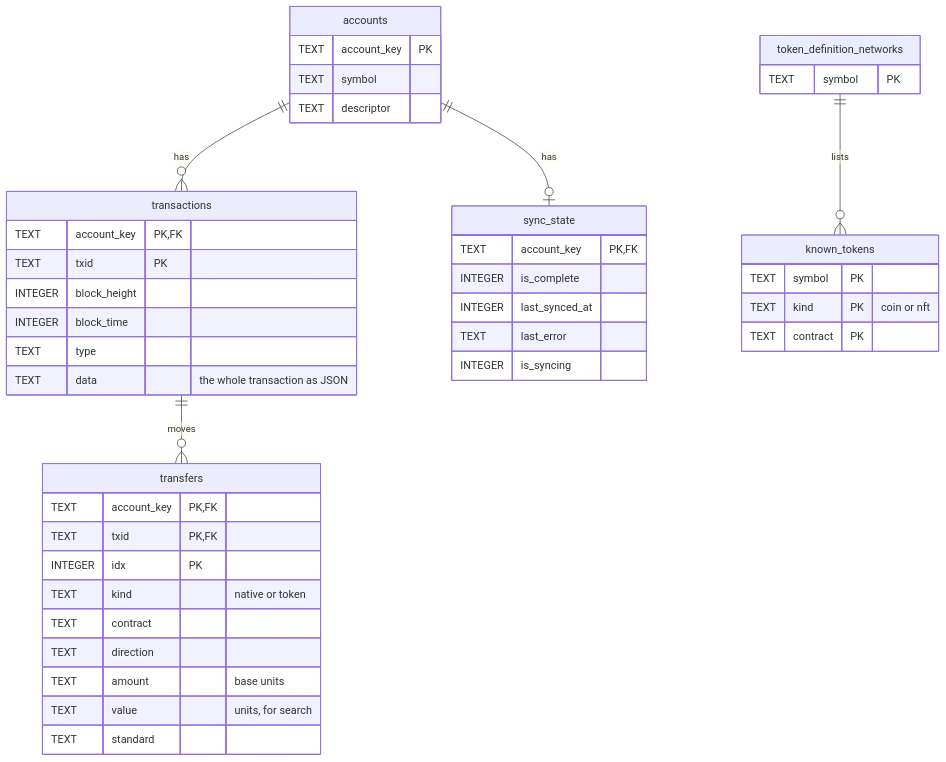
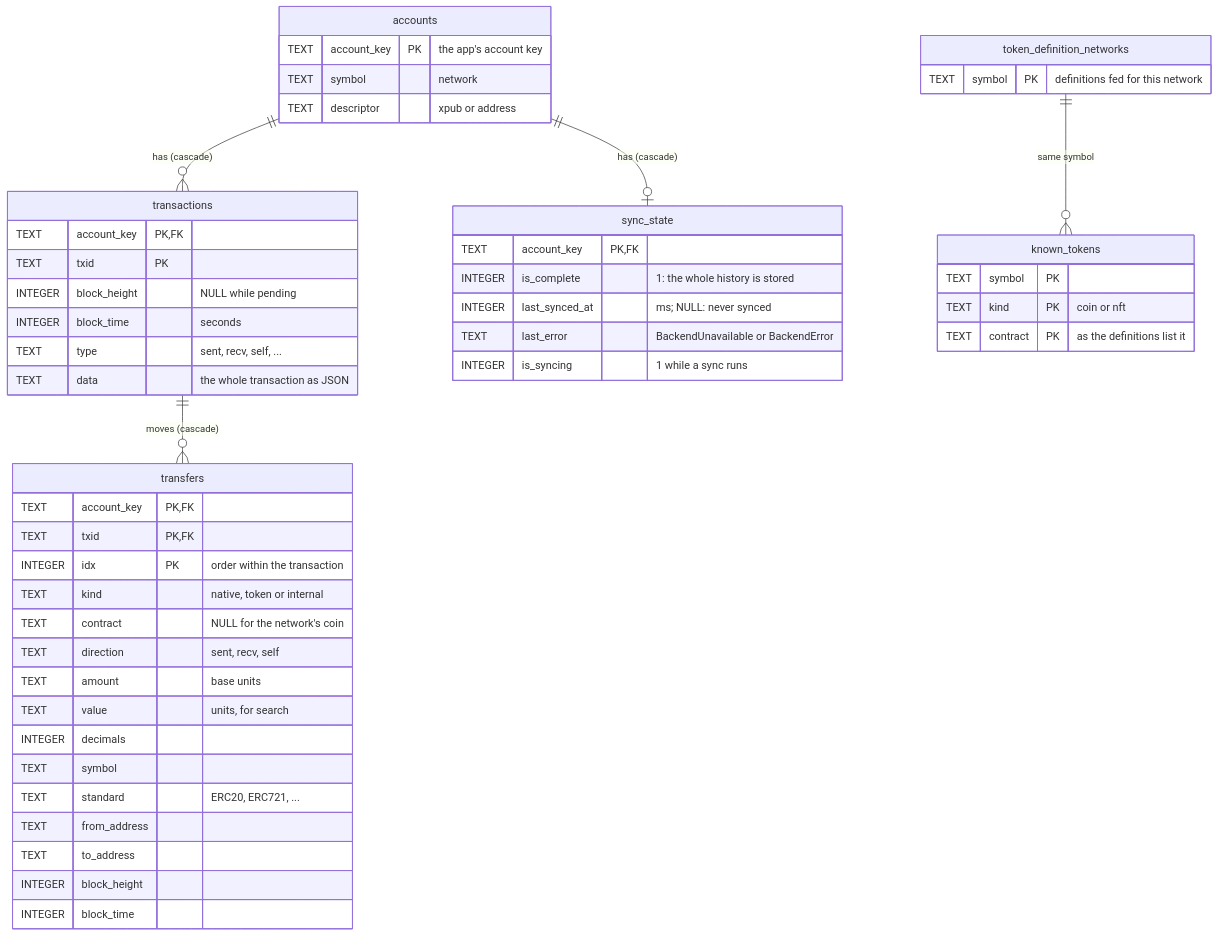
Before and after one commit to trezor/trezor-suite: the third of 3 diagrams in suite-common/transaction-store/README.md, drawn with Mermaid. The commit also changed other lines of this file, not shown here.

Commit message:
docs(transaction-store): bring the schema diagram in line with the migrations

````diff
--- a/suite-common/transaction-store/README.md
+++ b/suite-common/transaction-store/README.md
@@ -150,47 +152,53 @@
 ```mermaid
 erDiagram
-    accounts ||--o{ transactions : "has"
-    accounts ||--o| sync_state : "has"
-    transactions ||--o{ transfers : "moves"
-    token_definition_networks ||--o{ known_tokens : "lists"
+    accounts ||--o{ transactions : "has (cascade)"
+    accounts ||--o| sync_state : "has (cascade)"
+    transactions ||--o{ transfers : "moves (cascade)"
+    token_definition_networks ||--o{ known_tokens : "same symbol"
 
     accounts {
-        TEXT account_key PK
-        TEXT symbol
-        TEXT descriptor
+        TEXT account_key PK "the app's account key"
+        TEXT symbol "network"
+        TEXT descriptor "xpub or address"
     }
     transactions {
         TEXT account_key PK, FK
         TEXT txid PK
-        INTEGER block_height
-        INTEGER block_time
-        TEXT type
+        INTEGER block_height "NULL while pending"
+        INTEGER block_time "seconds"
+        TEXT type "sent, recv, self, ..."
         TEXT data "the whole transaction as JSON"
     }
     sync_state {
         TEXT account_key PK, FK
-        INTEGER is_complete
-        INTEGER last_synced_at
-        TEXT last_error
-        INTEGER is_syncing
+        INTEGER is_complete "1: the whole history is stored"
+        INTEGER last_synced_at "ms; NULL: never synced"
+        TEXT last_error "BackendUnavailable or BackendError"
+        INTEGER is_syncing "1 while a sync runs"
     }
     transfers {
         TEXT account_key PK, FK
         TEXT txid PK, FK
-        INTEGER idx PK
-        TEXT kind "native or token"
-        TEXT contract
-        TEXT direction
+        INTEGER idx PK "order within the transaction"
+        TEXT kind "native, token or internal"
+        TEXT contract "NULL for the network's coin"
+        TEXT direction "sent, recv, self"
         TEXT amount "base units"
         TEXT value "units, for search"
-        TEXT standard
+        INTEGER decimals
+        TEXT symbol
+        TEXT standard "ERC20, ERC721, ..."
+        TEXT from_address
+        TEXT to_address
+        INTEGER block_height
+        INTEGER block_time
     }
     known_tokens {
         TEXT symbol PK
         TEXT kind PK "coin or nft"
-        TEXT contract PK
+        TEXT contract PK "as the definitions list it"
     }
     token_definition_networks {
-        TEXT symbol PK
+        TEXT symbol PK "definitions fed for this network"
     }
 ```
````
